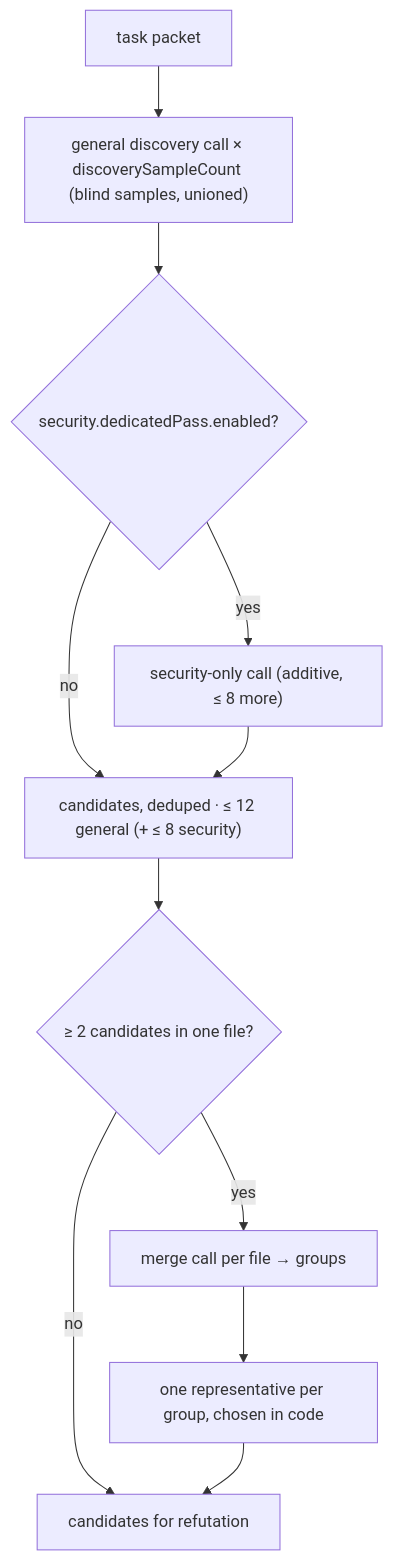
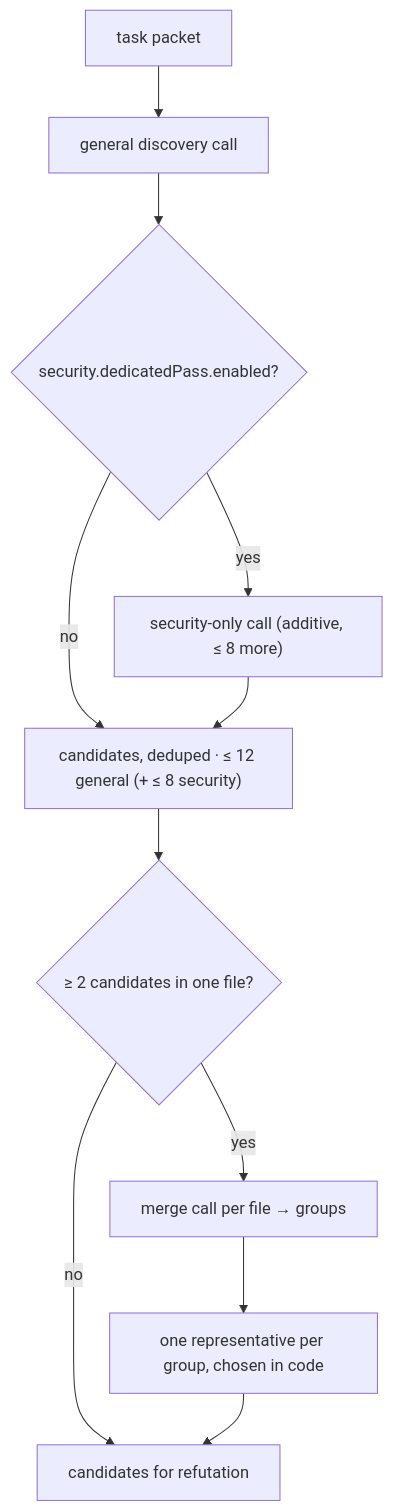
One commit to sebastianwessel/codereviewer changed the diagram in docs/03-concepts/pipeline/04-holistic-discovery.md. Above: the diagram before and after it, drawn with Mermaid. The commit also changed other lines of this file and 41 other files, not shown here.

````diff
--- a/docs/03-concepts/pipeline/04-holistic-discovery.md
+++ b/docs/03-concepts/pipeline/04-holistic-discovery.md
@@ -166,13 +142,13 @@
 ```mermaid
 flowchart TD
-  P["task packet"] --> G["general discovery call × discoverySampleCount (blind samples, unioned)"]
+  P["task packet"] --> G["general discovery call"]
   G --> SE{"security.dedicatedPass.enabled?"}
   SE -- yes --> SP["security-only call (additive, ≤ 8 more)"]
   SE -- no --> C["candidates, deduped · ≤ 12 general (+ ≤ 8 security)"]
   SP --> C
   C --> M{"≥ 2 candidates in one file?"}
   M -- no --> O["candidates for refutation"]
   M -- yes --> MM["merge call per file → groups"]
   MM --> R["one representative per group, chosen in code"]
   R --> O
 ```
````
